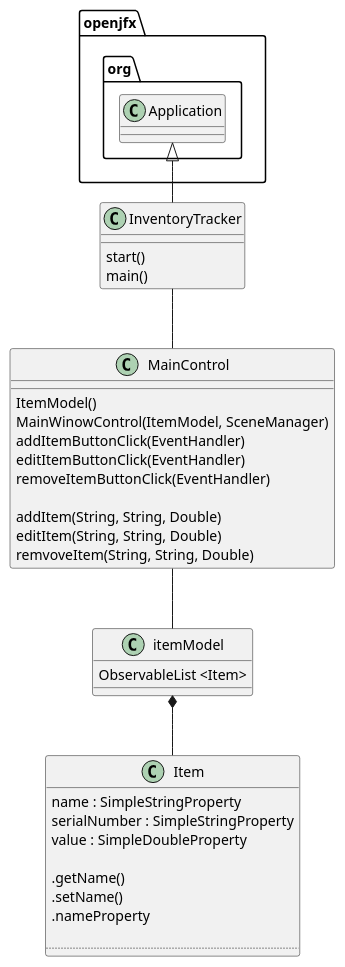
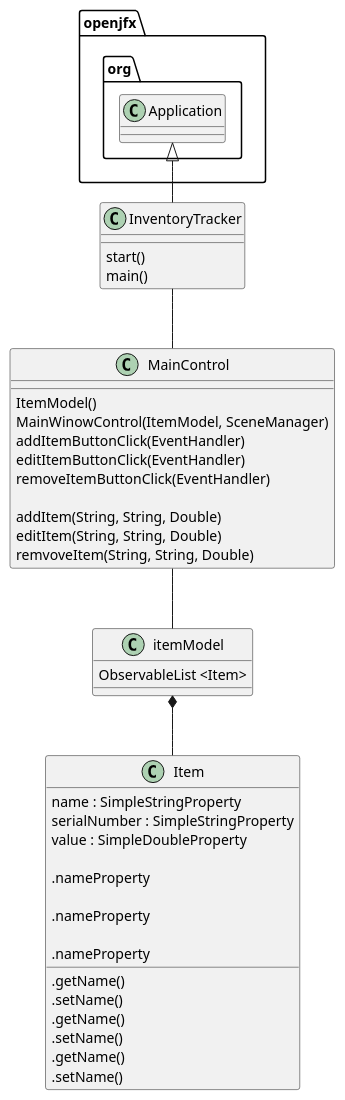
The diagram in uml/inventoryTracker.puml (erica-joseph/Obento), drawn with PlantUML before and after one commit. The commit also changed 3 other files, not shown here.

```diff
--- a/uml/inventoryTracker.puml
+++ b/uml/inventoryTracker.puml
@@ -1,42 +1,50 @@
 @startuml
 
 class InventoryTracker {
     start()
     main()
 }
 
 
 class MainControl{
     ItemModel()
     MainWinowControl(ItemModel, SceneManager)
     'constructor
     addItemButtonClick(EventHandler)
     editItemButtonClick(EventHandler)
     removeItemButtonClick(EventHandler)
 
     addItem(String, String, Double)
     editItem(String, String, Double)
     remvoveItem(String, String, Double)
 }
 
 
 class itemModel{
     ObservableList <Item>
 }
 
 class Item{
     name : SimpleStringProperty
     serialNumber : SimpleStringProperty
     value : SimpleDoubleProperty
 
     .getName()
     .setName()
     .nameProperty
 
-    ....
+    .getName()
+    .setName()
+    .nameProperty
+
+    .getName()
+    .setName()
+    .nameProperty
+
+
 }
 openjfx.org.Application <|-- InventoryTracker
 InventoryTracker -- MainControl
 MainControl -- itemModel
 itemModel *-- Item
 @enduml
```
